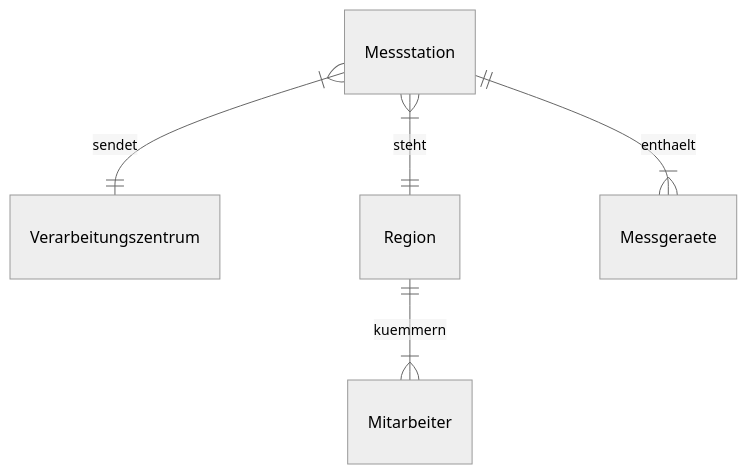
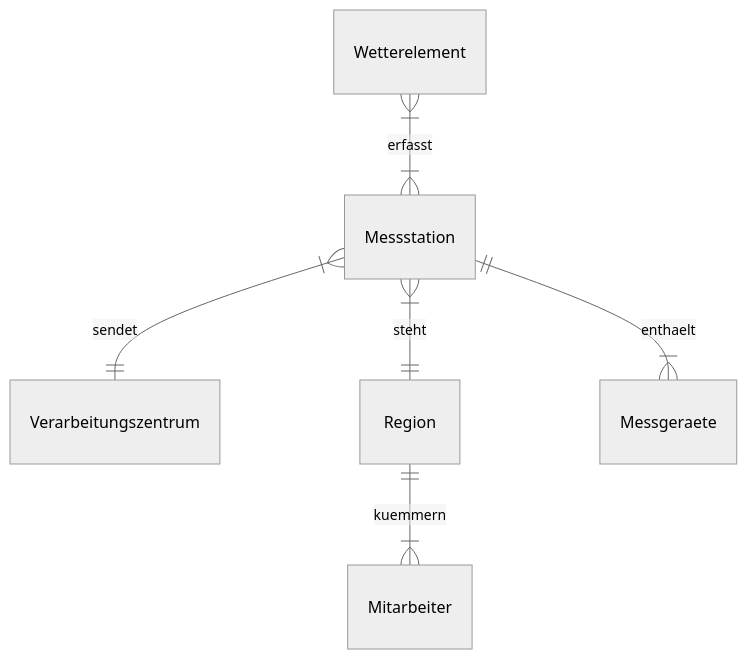
One commit to nutusSar/CloudsOfMindPublic changed the diagram in Berufsschule/Lernfeld 11/Aufgaben ERM.md. Above: the diagram before and after it, drawn with Mermaid (neutral theme). The commit also changed other lines of this file, not shown here.

````diff
--- a/Berufsschule/Lernfeld 11/Aufgaben ERM.md
+++ b/Berufsschule/Lernfeld 11/Aufgaben ERM.md
@@ -17,9 +17,10 @@
 ```mermaid
 erDiagram
 Messstation}|--||Verarbeitungszentrum: sendet
 Messstation}|--||Region: steht
 Region||--|{Mitarbeiter: kuemmern
 Messstation||--|{Messgeraete: enthaelt
+Wetterelement}|--|{Messstation: erfasst
 
 
 ```
````
